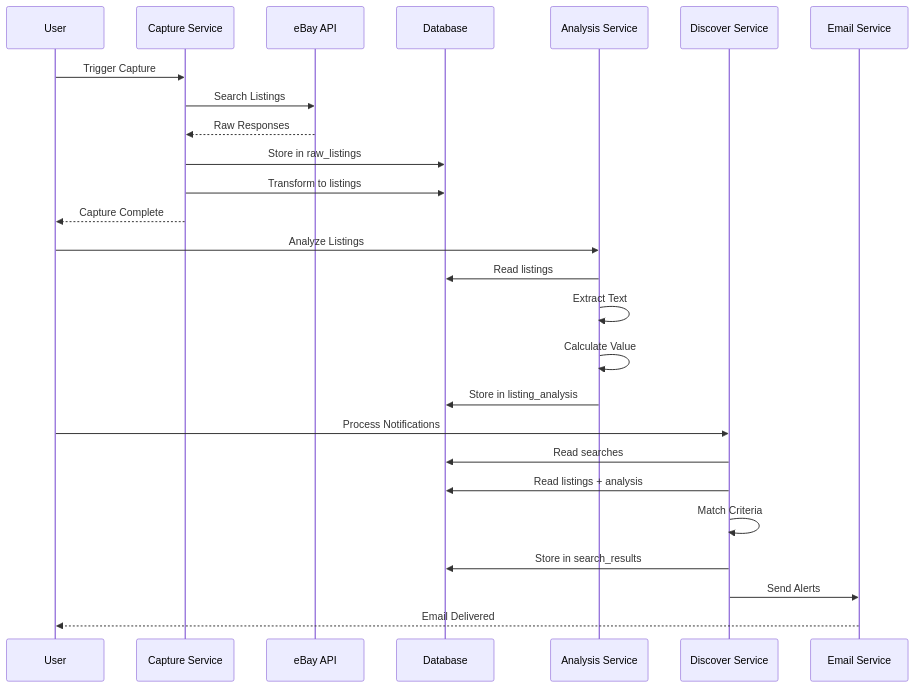
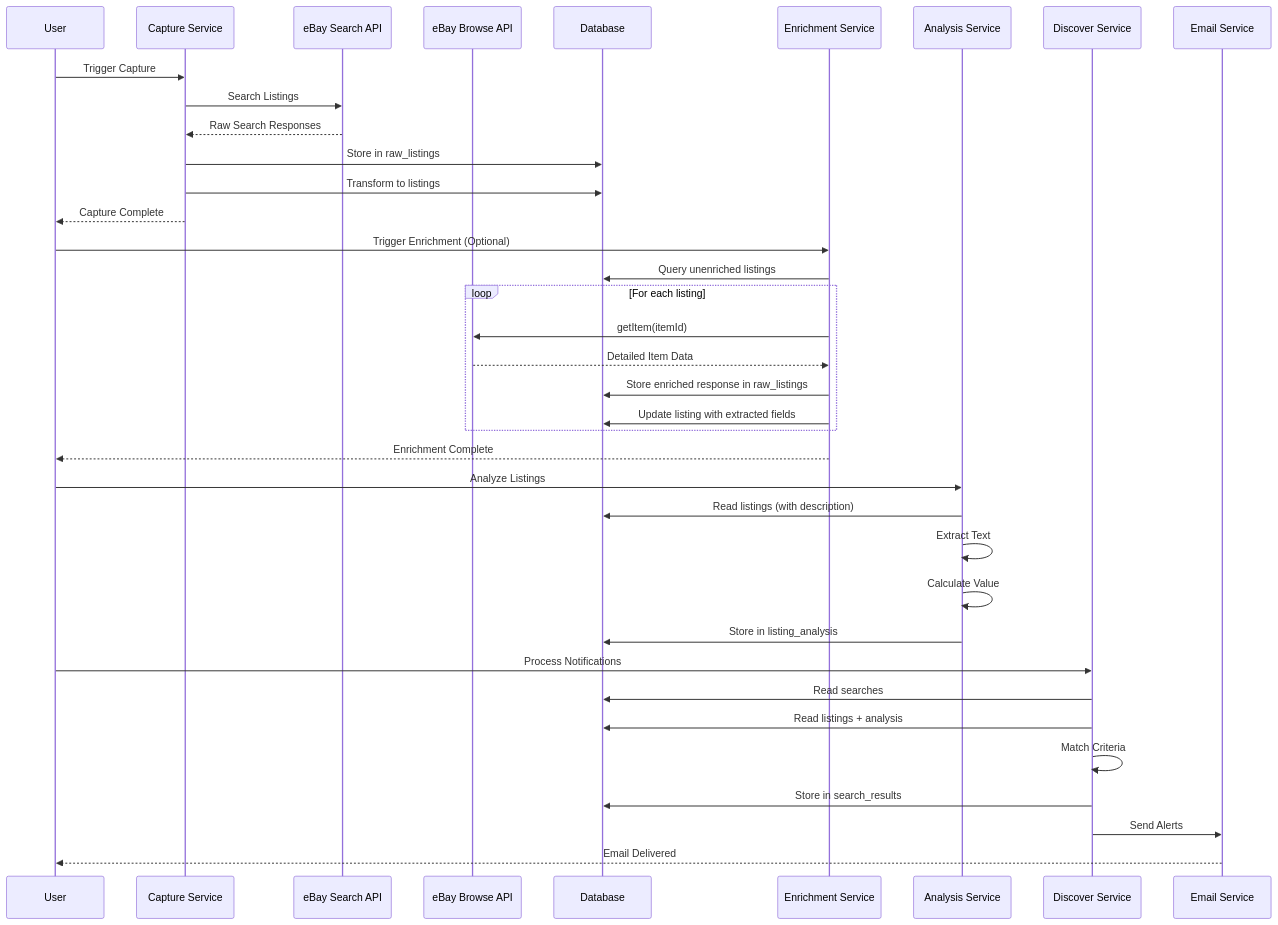
The second of 2 diagrams in docs/pipeline.md (jeshuamaxey/brick-index), drawn with Mermaid before and after one commit. The commit also changed other lines of this file and 2 other files, not shown here.

First line of the commit message:
Update documentation to include enrichment functionality

````diff
--- a/docs/pipeline.md
+++ b/docs/pipeline.md
@@ -125,31 +167,43 @@
 ```mermaid
 sequenceDiagram
     participant User
     participant Capture as Capture Service
-    participant API as eBay API
+    participant SearchAPI as eBay Search API
+    participant BrowseAPI as eBay Browse API
     participant DB as Database
+    participant Enrich as Enrichment Service
     participant Analyze as Analysis Service
     participant Discover as Discover Service
     participant Email as Email Service
     
     User->>Capture: Trigger Capture
-    Capture->>API: Search Listings
-    API-->>Capture: Raw Responses
+    Capture->>SearchAPI: Search Listings
+    SearchAPI-->>Capture: Raw Search Responses
     Capture->>DB: Store in raw_listings
     Capture->>DB: Transform to listings
     Capture-->>User: Capture Complete
     
+    User->>Enrich: Trigger Enrichment (Optional)
+    Enrich->>DB: Query unenriched listings
+    loop For each listing
+        Enrich->>BrowseAPI: getItem(itemId)
+        BrowseAPI-->>Enrich: Detailed Item Data
+        Enrich->>DB: Store enriched response in raw_listings
+        Enrich->>DB: Update listing with extracted fields
+    end
+    Enrich-->>User: Enrichment Complete
+    
     User->>Analyze: Analyze Listings
-    Analyze->>DB: Read listings
+    Analyze->>DB: Read listings (with description)
     Analyze->>Analyze: Extract Text
     Analyze->>Analyze: Calculate Value
     Analyze->>DB: Store in listing_analysis
     
     User->>Discover: Process Notifications
     Discover->>DB: Read searches
     Discover->>DB: Read listings + analysis
     Discover->>Discover: Match Criteria
     Discover->>DB: Store in search_results
     Discover->>Email: Send Alerts
     Email-->>User: Email Delivered
 ```
````
